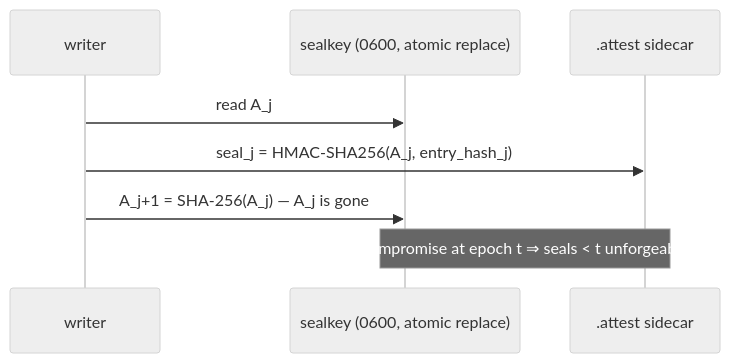
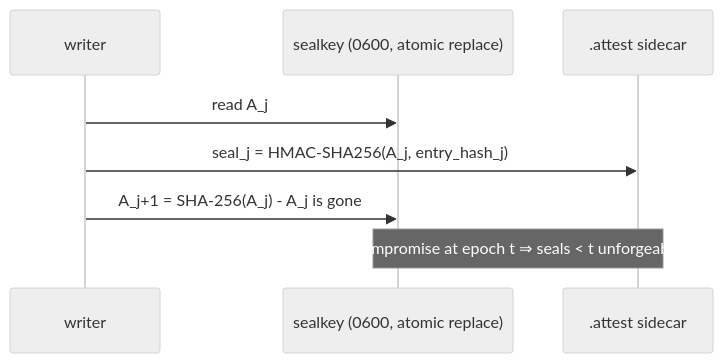
One commit to cuongbphv/waxseal changed the fourth of 4 diagrams in README.md. Above: the diagram before and after it, drawn with Mermaid (neutral theme). The commit also changed other lines of this file and 8 other files, not shown here.

````diff
--- a/README.md
+++ b/README.md
@@ -501,10 +570,10 @@
 ```mermaid
 sequenceDiagram
     participant W as writer
     participant K as sealkey (0600, atomic replace)
     participant S as .attest sidecar
     W->>K: read A_j
     W->>S: seal_j = HMAC-SHA256(A_j, entry_hash_j)
-    W->>K: A_j+1 = SHA-256(A_j) — A_j is gone
+    W->>K: A_j+1 = SHA-256(A_j) - A_j is gone
     Note over K,S: compromise at epoch t ⇒ seals < t unforgeable
 ```
````
